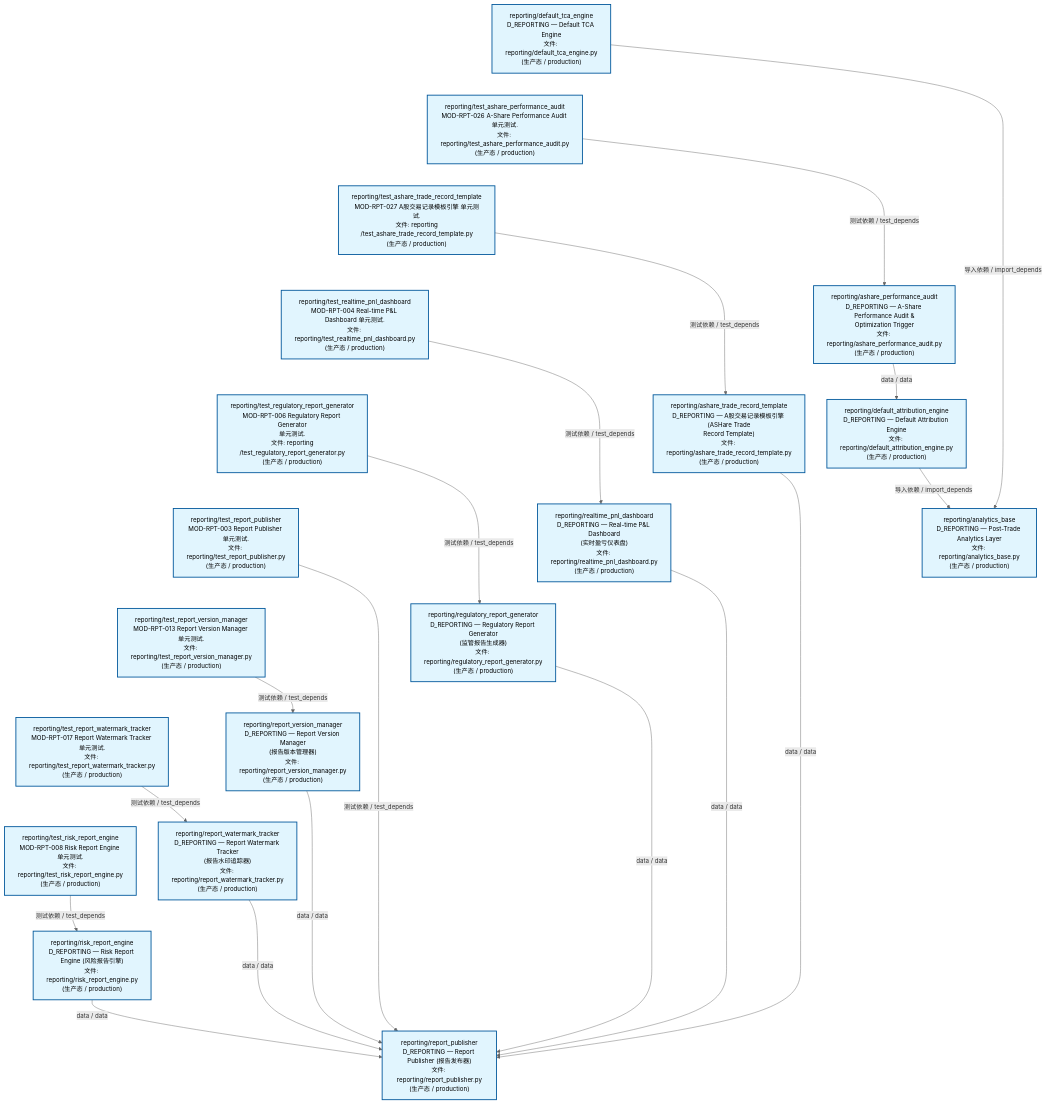
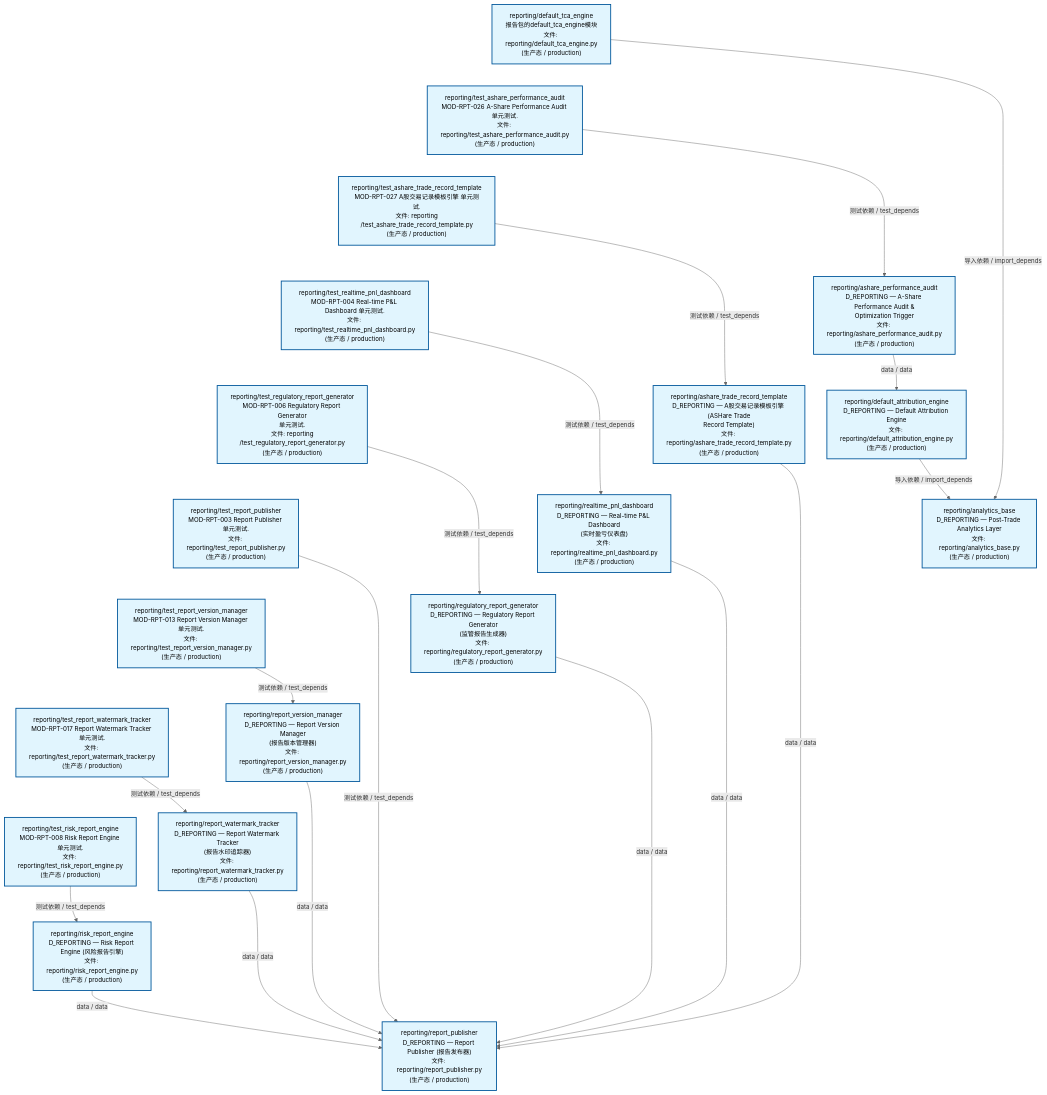
Before and after one commit to xuanFelixVan/ZephyrAlpha: the second of 4 diagrams in docs/02_enterprise_architecture/02_domain_architecture_docs/26_d_reporting.md, drawn with Mermaid. The commit also changed other lines of this file and 4 other files, not shown here.

````diff
--- a/docs/02_enterprise_architecture/02_domain_architecture_docs/26_d_reporting.md
+++ b/docs/02_enterprise_architecture/02_domain_architecture_docs/26_d_reporting.md
@@ -149,60 +149,60 @@
 ```mermaid
 %%{init: {'theme': 'base', 'themeVariables': {'primaryColor': '#eaeaea', 'primaryTextColor': '#333333', 'primaryBorderColor': '#666666', 'lineColor': '#666666', 'secondaryColor': '#eaeaea', 'tertiaryColor': '#eaeaea', 'fontSize': '14px'}}}%%
 flowchart TD
-    src_zephyr_reporting_default_tca_engine_py["reporting/default_tca_engine<br/>D_REPORTING — Default TCA Engine<br/>文件: reporting/default_tca_engine.py<br/>(生产态 / production)"]
+    src_zephyr_reporting_default_tca_engine_py["reporting/default_tca_engine<br/>报告包的default_tca_engine模块<br/>文件: reporting/default_tca_engine.py<br/>(生产态 / production)"]
     tests_reporting_test_ashare_performance_audit_py["reporting/test_ashare_performance_audit<br/>MOD-RPT-026 A-Share Performance Audit 单元测试.<br/>文件: reporting/test_ashare_performance_audit.py<br/>(生产态 / production)"]
     tests_reporting_test_ashare_trade_record_template_py["reporting/test_ashare_trade_record_template<br/>MOD-RPT-027 A股交易记录模板引擎 单元测试.<br/>文件: reporting<br/>/test_ashare_trade_record_template.py<br/>(生产态 / production)"]
     tests_reporting_test_realtime_pnl_dashboard_py["reporting/test_realtime_pnl_dashboard<br/>MOD-RPT-004 Real-time P&L Dashboard 单元测试.<br/>文件: reporting/test_realtime_pnl_dashboard.py<br/>(生产态 / production)"]
     tests_reporting_test_regulatory_report_generator_py["reporting/test_regulatory_report_generator<br/>MOD-RPT-006 Regulatory Report Generator<br/>单元测试.<br/>文件: reporting<br/>/test_regulatory_report_generator.py<br/>(生产态 / production)"]
     tests_reporting_test_report_publisher_py["reporting/test_report_publisher<br/>MOD-RPT-003 Report Publisher 单元测试.<br/>文件: reporting/test_report_publisher.py<br/>(生产态 / production)"]
     tests_reporting_test_report_version_manager_py["reporting/test_report_version_manager<br/>MOD-RPT-013 Report Version Manager 单元测试.<br/>文件: reporting/test_report_version_manager.py<br/>(生产态 / production)"]
     tests_reporting_test_report_watermark_tracker_py["reporting/test_report_watermark_tracker<br/>MOD-RPT-017 Report Watermark Tracker 单元测试.<br/>文件: reporting/test_report_watermark_tracker.py<br/>(生产态 / production)"]
     tests_reporting_test_risk_report_engine_py["reporting/test_risk_report_engine<br/>MOD-RPT-008 Risk Report Engine 单元测试.<br/>文件: reporting/test_risk_report_engine.py<br/>(生产态 / production)"]
     src_zephyr_reporting_default_tca_engine_py ~~~ tests_reporting_test_ashare_performance_audit_py
     tests_reporting_test_ashare_performance_audit_py ~~~ tests_reporting_test_ashare_trade_record_template_py
     tests_reporting_test_ashare_trade_record_template_py ~~~ tests_reporting_test_realtime_pnl_dashboard_py
     tests_reporting_test_realtime_pnl_dashboard_py ~~~ tests_reporting_test_regulatory_report_generator_py
     tests_reporting_test_regulatory_report_generator_py ~~~ tests_reporting_test_report_publisher_py
     tests_reporting_test_report_publisher_py ~~~ tests_reporting_test_report_version_manager_py
     tests_reporting_test_report_version_manager_py ~~~ tests_reporting_test_report_watermark_tracker_py
     tests_reporting_test_report_watermark_tracker_py ~~~ tests_reporting_test_risk_report_engine_py
     src_zephyr_reporting_ashare_performance_audit_py["reporting/ashare_performance_audit<br/>D_REPORTING — A-Share Performance Audit &<br/>Optimization Trigger<br/>文件: reporting/ashare_performance_audit.py<br/>(生产态 / production)"]
     src_zephyr_reporting_ashare_trade_record_template_py["reporting/ashare_trade_record_template<br/>D_REPORTING — A股交易记录模板引擎 (ASHare Trade<br/>Record Template)<br/>文件: reporting/ashare_trade_record_template.py<br/>(生产态 / production)"]
     src_zephyr_reporting_realtime_pnl_dashboard_py["reporting/realtime_pnl_dashboard<br/>D_REPORTING — Real-time P&L Dashboard<br/>(实时盈亏仪表盘)<br/>文件: reporting/realtime_pnl_dashboard.py<br/>(生产态 / production)"]
     src_zephyr_reporting_regulatory_report_generator_py["reporting/regulatory_report_generator<br/>D_REPORTING — Regulatory Report Generator<br/>(监管报告生成器)<br/>文件: reporting/regulatory_report_generator.py<br/>(生产态 / production)"]
     src_zephyr_reporting_report_version_manager_py["reporting/report_version_manager<br/>D_REPORTING — Report Version Manager<br/>(报告版本管理器)<br/>文件: reporting/report_version_manager.py<br/>(生产态 / production)"]
     src_zephyr_reporting_report_watermark_tracker_py["reporting/report_watermark_tracker<br/>D_REPORTING — Report Watermark Tracker<br/>(报告水印追踪器)<br/>文件: reporting/report_watermark_tracker.py<br/>(生产态 / production)"]
     src_zephyr_reporting_risk_report_engine_py["reporting/risk_report_engine<br/>D_REPORTING — Risk Report Engine (风险报告引擎)<br/>文件: reporting/risk_report_engine.py<br/>(生产态 / production)"]
     src_zephyr_reporting_ashare_performance_audit_py ~~~ src_zephyr_reporting_ashare_trade_record_template_py
     src_zephyr_reporting_ashare_trade_record_template_py ~~~ src_zephyr_reporting_realtime_pnl_dashboard_py
     src_zephyr_reporting_realtime_pnl_dashboard_py ~~~ src_zephyr_reporting_regulatory_report_generator_py
     src_zephyr_reporting_regulatory_report_generator_py ~~~ src_zephyr_reporting_report_version_manager_py
     src_zephyr_reporting_report_version_manager_py ~~~ src_zephyr_reporting_report_watermark_tracker_py
     src_zephyr_reporting_report_watermark_tracker_py ~~~ src_zephyr_reporting_risk_report_engine_py
     src_zephyr_reporting_default_attribution_engine_py["reporting/default_attribution_engine<br/>D_REPORTING — Default Attribution Engine<br/>文件: reporting/default_attribution_engine.py<br/>(生产态 / production)"]
     src_zephyr_reporting_report_publisher_py["reporting/report_publisher<br/>D_REPORTING — Report Publisher (报告发布器)<br/>文件: reporting/report_publisher.py<br/>(生产态 / production)"]
     src_zephyr_reporting_default_attribution_engine_py ~~~ src_zephyr_reporting_report_publisher_py
     src_zephyr_reporting_analytics_base_py["reporting/analytics_base<br/>D_REPORTING — Post-Trade Analytics Layer<br/>文件: reporting/analytics_base.py<br/>(生产态 / production)"]
     src_zephyr_reporting_ashare_trade_record_template_py -->|data / data| src_zephyr_reporting_report_publisher_py
     src_zephyr_reporting_ashare_performance_audit_py -->|data / data| src_zephyr_reporting_default_attribution_engine_py
     src_zephyr_reporting_default_tca_engine_py -->|导入依赖 / import_depends| src_zephyr_reporting_analytics_base_py
     src_zephyr_reporting_default_attribution_engine_py -->|导入依赖 / import_depends| src_zephyr_reporting_analytics_base_py
     src_zephyr_reporting_realtime_pnl_dashboard_py -->|data / data| src_zephyr_reporting_report_publisher_py
     src_zephyr_reporting_regulatory_report_generator_py -->|data / data| src_zephyr_reporting_report_publisher_py
     src_zephyr_reporting_risk_report_engine_py -->|data / data| src_zephyr_reporting_report_publisher_py
     src_zephyr_reporting_report_version_manager_py -->|data / data| src_zephyr_reporting_report_publisher_py
     src_zephyr_reporting_report_watermark_tracker_py -->|data / data| src_zephyr_reporting_report_publisher_py
     tests_reporting_test_ashare_trade_record_template_py -->|测试依赖 / test_depends| src_zephyr_reporting_ashare_trade_record_template_py
     tests_reporting_test_report_version_manager_py -->|测试依赖 / test_depends| src_zephyr_reporting_report_version_manager_py
     tests_reporting_test_regulatory_report_generator_py -->|测试依赖 / test_depends| src_zephyr_reporting_regulatory_report_generator_py
     tests_reporting_test_ashare_performance_audit_py -->|测试依赖 / test_depends| src_zephyr_reporting_ashare_performance_audit_py
     tests_reporting_test_realtime_pnl_dashboard_py -->|测试依赖 / test_depends| src_zephyr_reporting_realtime_pnl_dashboard_py
     tests_reporting_test_report_watermark_tracker_py -->|测试依赖 / test_depends| src_zephyr_reporting_report_watermark_tracker_py
     tests_reporting_test_risk_report_engine_py -->|测试依赖 / test_depends| src_zephyr_reporting_risk_report_engine_py
     tests_reporting_test_report_publisher_py -->|测试依赖 / test_depends| src_zephyr_reporting_report_publisher_py
     classDef production fill:#e1f5fe,stroke:#01579b,stroke-width:2px,color:#000
     classDef design fill:#fff3e0,stroke:#e65100,stroke-width:2px,color:#000,stroke-dasharray: 5 5
     classDef external_prod fill:#e8f4fd,stroke:#0277bd,stroke-width:1px,color:#000
     classDef external_design fill:#fff8e7,stroke:#ef6c00,stroke-width:1px,color:#000,stroke-dasharray: 5 5
     class src_zephyr_reporting_analytics_base_py,src_zephyr_reporting_ashare_performance_audit_py,src_zephyr_reporting_ashare_trade_record_template_py,src_zephyr_reporting_default_attribution_engine_py,src_zephyr_reporting_default_tca_engine_py,src_zephyr_reporting_realtime_pnl_dashboard_py,src_zephyr_reporting_regulatory_report_generator_py,src_zephyr_reporting_report_publisher_py,src_zephyr_reporting_report_version_manager_py,src_zephyr_reporting_report_watermark_tracker_py,src_zephyr_reporting_risk_report_engine_py,tests_reporting_test_ashare_performance_audit_py,tests_reporting_test_ashare_trade_record_template_py,tests_reporting_test_realtime_pnl_dashboard_py,tests_reporting_test_regulatory_report_generator_py,tests_reporting_test_report_publisher_py,tests_reporting_test_report_version_manager_py,tests_reporting_test_report_watermark_tracker_py,tests_reporting_test_risk_report_engine_py production
 ```
````
